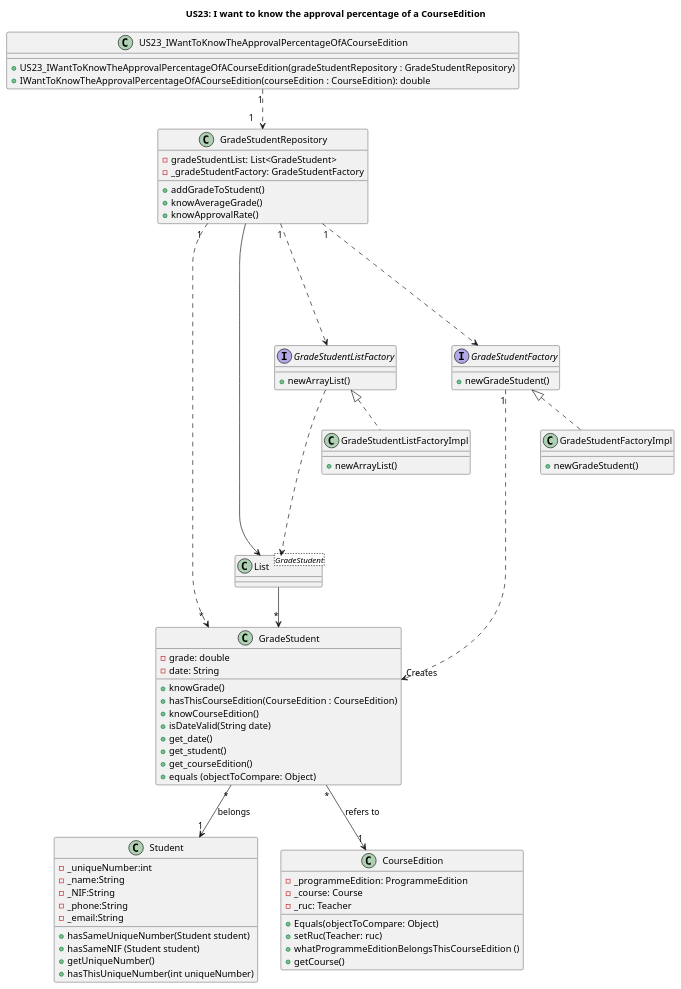
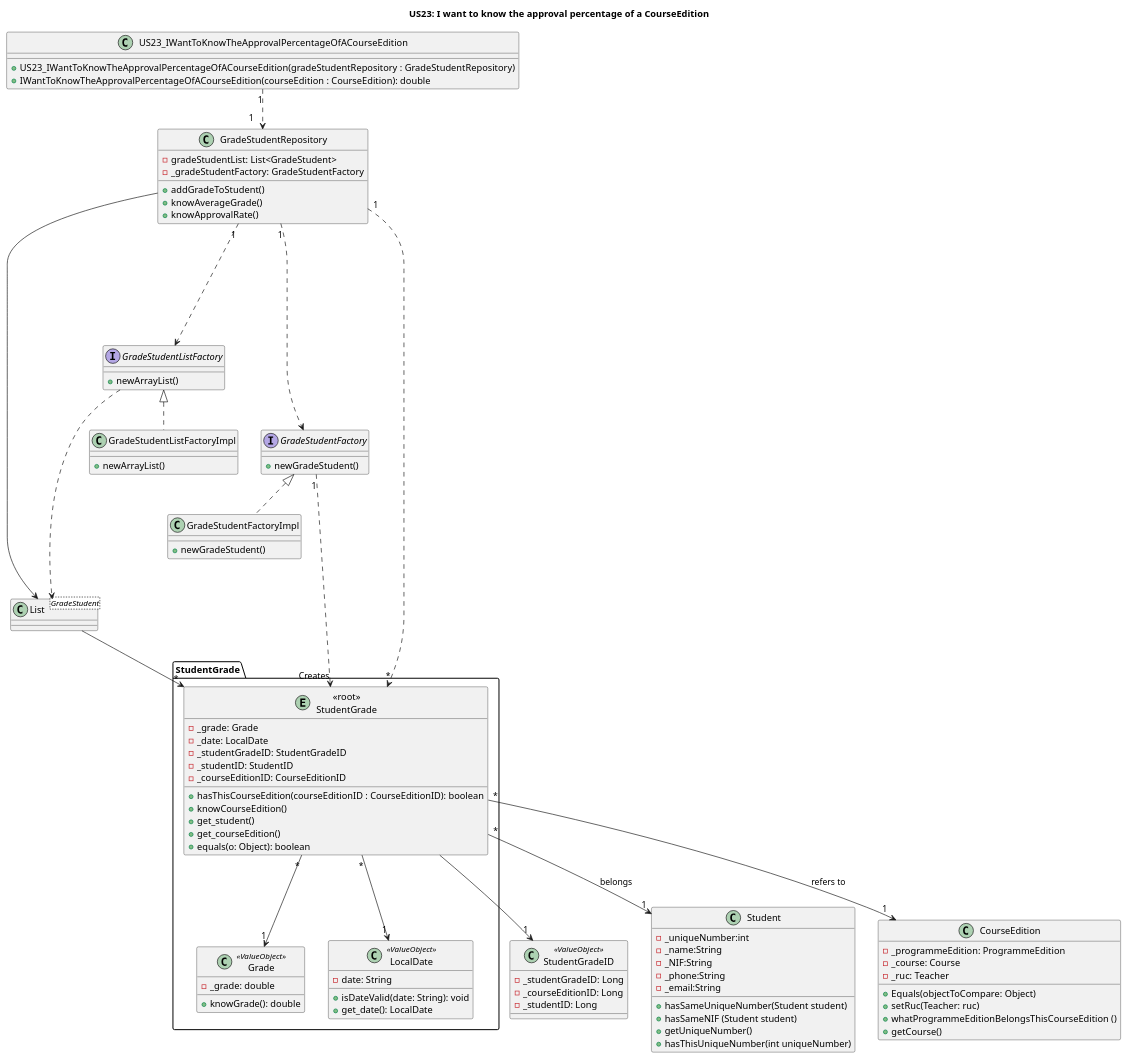
One commit to GasparISEP/DevOps-PAI changed the diagram in docs/US23/US23_iWantToKnowTheApprovalPercentageOfCourseEditionClassDiagramController.puml. Above: the diagram before and after it, drawn with PlantUML.

Commit message:
Ref #67 : Created Value Objects associated to the new package StudentGrade and the right connections

```diff
--- a/docs/US23/US23_iWantToKnowTheApprovalPercentageOfCourseEditionClassDiagramController.puml
+++ b/docs/US23/US23_iWantToKnowTheApprovalPercentageOfCourseEditionClassDiagramController.puml
@@ -1,89 +1,111 @@
 @startuml
 title US23: I want to know the approval percentage of a CourseEdition
 'left to right direction
 
 class US23_IWantToKnowTheApprovalPercentageOfACourseEdition  {
     +US23_IWantToKnowTheApprovalPercentageOfACourseEdition(gradeStudentRepository : GradeStudentRepository)
     +IWantToKnowTheApprovalPercentageOfACourseEdition(courseEdition : CourseEdition): double
 
 }
 
-class GradeStudent {
-    -grade: double
-    -date: String
-    +knowGrade()
-    +hasThisCourseEdition(CourseEdition : CourseEdition)
+package "StudentGrade" {
+entity "<<root>>\nStudentGrade" {
+    -_grade: Grade
+    -_date: LocalDate
+    -_studentGradeID: StudentGradeID
+    -_studentID: StudentID
+    -_courseEditionID: CourseEditionID
+    +hasThisCourseEdition(courseEditionID : CourseEditionID): boolean
     +knowCourseEdition()
-    +isDateValid(String date)
-    +get_date()
     +get_student()
     +get_courseEdition()
-    +equals (objectToCompare: Object)
+    +equals(o: Object): boolean
+
+    }
+
+    class Grade <<ValueObject>> {
+    -_grade: double
+    +knowGrade(): double
+    }
+
+    class LocalDate <<ValueObject>> {
+    -date: String
+    +isDateValid(date: String): void
+    +get_date(): LocalDate
+    }
+}
+
+class StudentGradeID <<ValueObject>> {
+    -_studentGradeID: Long
+    -_courseEditionID: Long
+    -_studentID: Long
 }
 
 class GradeStudentRepository {
     -gradeStudentList: List<GradeStudent>
     - _gradeStudentFactory: GradeStudentFactory
     +addGradeToStudent()
     +knowAverageGrade()
     +knowApprovalRate()
 }
 
 class GradeStudentFactoryImpl {
     +newGradeStudent()
 }
 class List<GradeStudent> {
 
 }
 
 class GradeStudentListFactoryImpl {
     +newArrayList()
 }
 
 Interface GradeStudentListFactory {
     +newArrayList()
 }
 
 Interface GradeStudentFactory {
     +newGradeStudent()
 }
 
 class Student {
     -_uniqueNumber:int
     -_name:String
     -_NIF:String
     -_phone:String
     -_email:String
     +hasSameUniqueNumber(Student student)
     +hasSameNIF (Student student)
     +getUniqueNumber()
     +hasThisUniqueNumber(int uniqueNumber)
 }
 
 class CourseEdition {
     -_programmeEdition: ProgrammeEdition
     -_course: Course
     -_ruc: Teacher
     +Equals(objectToCompare: Object)
     +setRuc(Teacher: ruc)
     +whatProgrammeEditionBelongsThisCourseEdition ()
     +getCourse()
 }
 
-
-GradeStudent "*" --> "1" Student: belongs
-GradeStudent "*" --> "1" CourseEdition: refers to
+"<<root>>\nStudentGrade" "*" --> "1" Grade
+"<<root>>\nStudentGrade" "*" --> "1" LocalDate
+"<<root>>\nStudentGrade" --> "1" StudentGradeID
+"<<root>>\nStudentGrade" "*" --> "1" Student: belongs
+"<<root>>\nStudentGrade""*" --> "1" CourseEdition: refers to
 GradeStudentRepository "1" ....> GradeStudentFactory
-GradeStudentFactory "1" ....> "Creates" GradeStudent
-GradeStudentRepository "1" ....> "*" "GradeStudent"
+GradeStudentFactory "1" ....> "Creates" "<<root>>\nStudentGrade"
+GradeStudentRepository "1" ....> "*" "<<root>>\nStudentGrade"
 GradeStudentRepository "1" ....> GradeStudentListFactory
 GradeStudentListFactory  <|..  GradeStudentListFactoryImpl
 GradeStudentListFactory  ....>  List
 GradeStudentRepository  -->  List
-List --> "*" GradeStudent
+List --> "*" "<<root>>\nStudentGrade"
 GradeStudentFactory  <|..  GradeStudentFactoryImpl
 
 
 
 US23_IWantToKnowTheApprovalPercentageOfACourseEdition "1" ..> "1    " GradeStudentRepository
 @enduml
```
